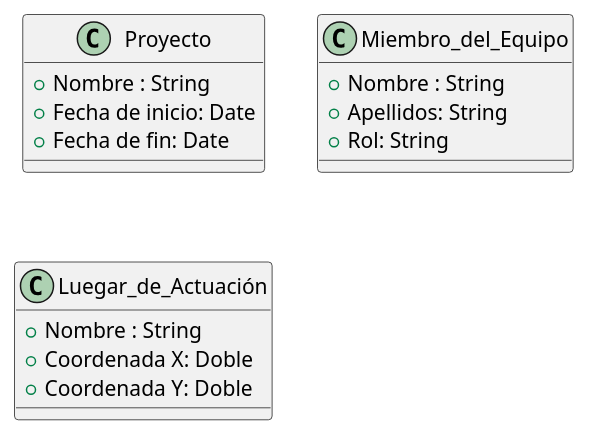
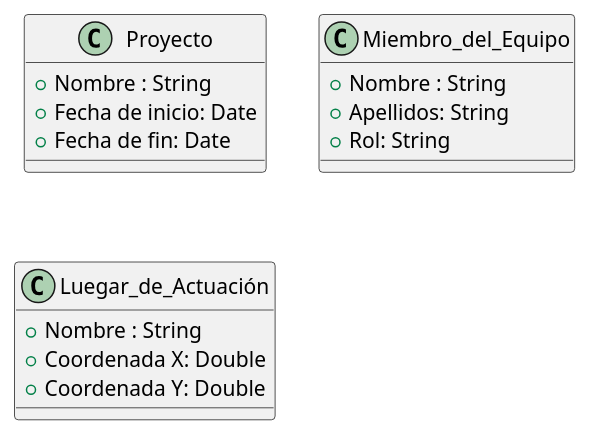
Before and after one commit to JorgeCadrecha/Ejercicios_UML: the diagram in PlantUML/Ejercicio7.puml, drawn with PlantUML.

Commit message:
Ejercicio 7

```diff
--- a/PlantUML/Ejercicio7.puml
+++ b/PlantUML/Ejercicio7.puml
@@ -1,19 +1,19 @@
 @startuml
 class Proyecto {
 + Nombre : String
 + Fecha de inicio: Date
 + Fecha de fin: Date
 }
 
 class Miembro_del_Equipo {
 + Nombre : String
 + Apellidos: String
 + Rol: String
 }
 
 class Luegar_de_Actuación {
 + Nombre : String
-+ Coordenada X: Doble
-+ Coordenada Y: Doble
++ Coordenada X: Double
++ Coordenada Y: Double
 }
 @enduml
```
